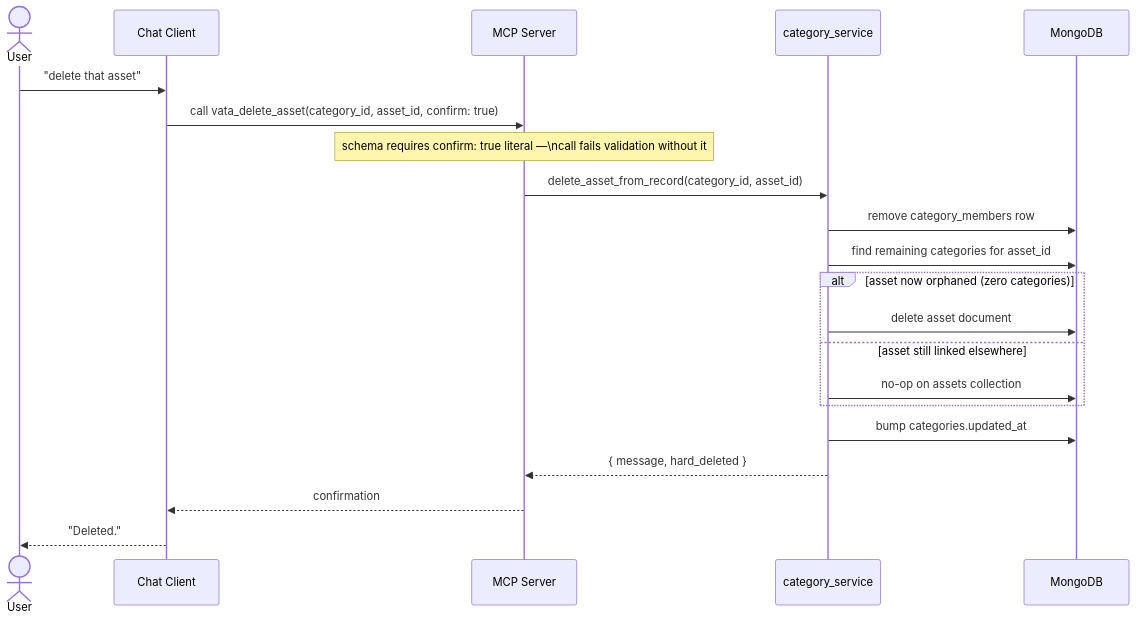
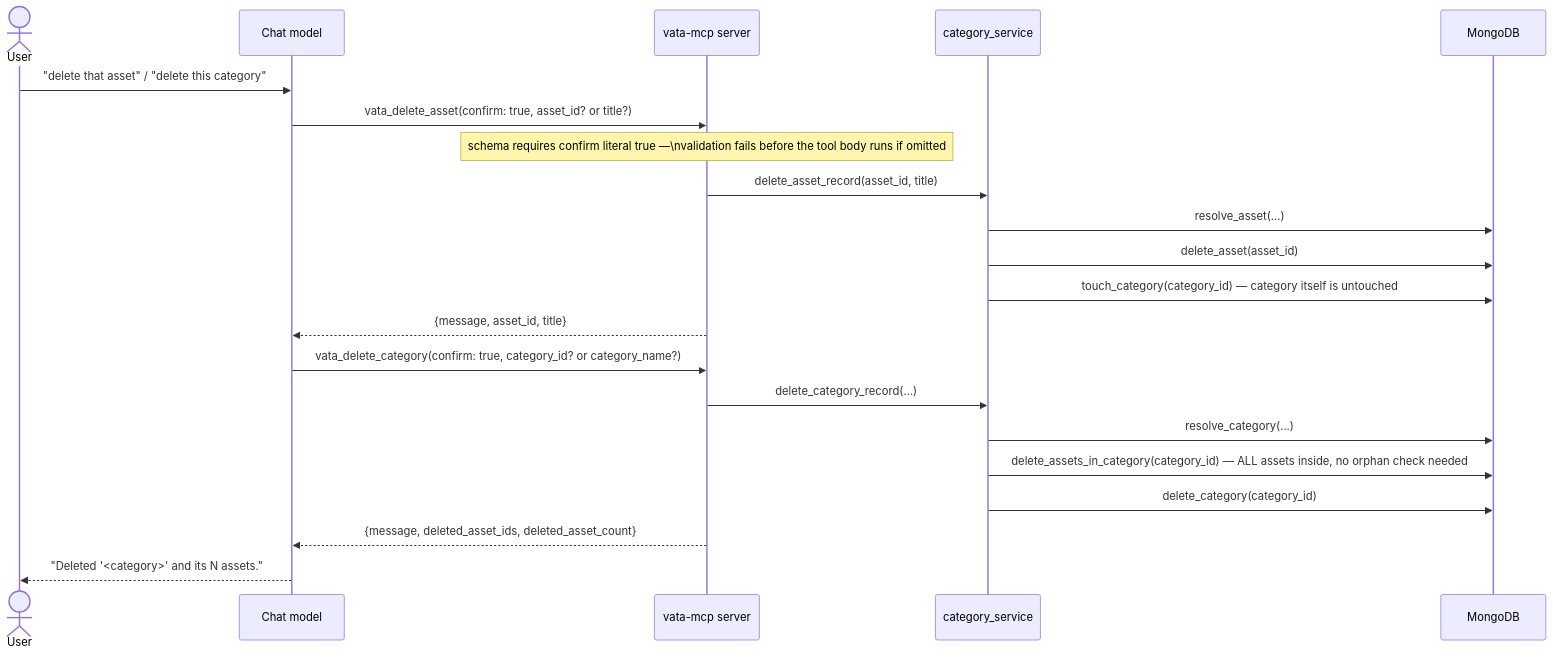
The sixth of 9 diagrams in VATA_DATAFLOW.md (vivekvpai/vata), drawn with Mermaid before and after one commit. The commit also changed other lines of this file and 2 other files, not shown here.

````diff
--- a/VATA_DATAFLOW.md
+++ b/VATA_DATAFLOW.md
@@ -125,24 +162,25 @@
 ```mermaid
 sequenceDiagram
     actor U as User
-    participant C as Chat Client
-    participant T as MCP Server
+    participant Model as Chat model
+    participant T as vata-mcp server
     participant CS as category_service
     participant DB as MongoDB
 
-    U->>C: "delete that asset"
-    C->>T: call vata_delete_asset(category_id, asset_id, confirm: true)
-    Note over T: schema requires confirm: true literal —\ncall fails validation without it
-    T->>CS: delete_asset_from_record(category_id, asset_id)
-    CS->>DB: remove category_members row
-    CS->>DB: find remaining categories for asset_id
-    alt asset now orphaned (zero categories)
-        CS->>DB: delete asset document
-    else asset still linked elsewhere
-        CS->>DB: no-op on assets collection
-    end
-    CS->>DB: bump categories.updated_at
-    CS-->>T: { message, hard_deleted }
-    T-->>C: confirmation
-    C-->>U: "Deleted."
+    U->>Model: "delete that asset" / "delete this category"
+    Model->>T: vata_delete_asset(confirm: true, asset_id? or title?)
+    Note over T: schema requires confirm literal true —\nvalidation fails before the tool body runs if omitted
+    T->>CS: delete_asset_record(asset_id, title)
+    CS->>DB: resolve_asset(...)
+    CS->>DB: delete_asset(asset_id)
+    CS->>DB: touch_category(category_id) — category itself is untouched
+    T-->>Model: {message, asset_id, title}
+
+    Model->>T: vata_delete_category(confirm: true, category_id? or category_name?)
+    T->>CS: delete_category_record(...)
+    CS->>DB: resolve_category(...)
+    CS->>DB: delete_assets_in_category(category_id) — ALL assets inside, no orphan check needed
+    CS->>DB: delete_category(category_id)
+    T-->>Model: {message, deleted_asset_ids, deleted_asset_count}
+    Model-->>U: "Deleted '<category>' and its N assets."
 ```
````
